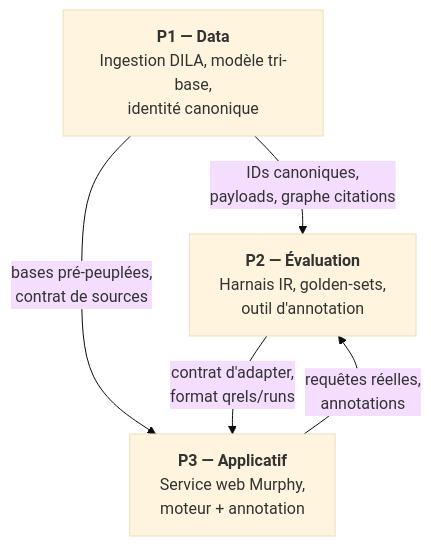
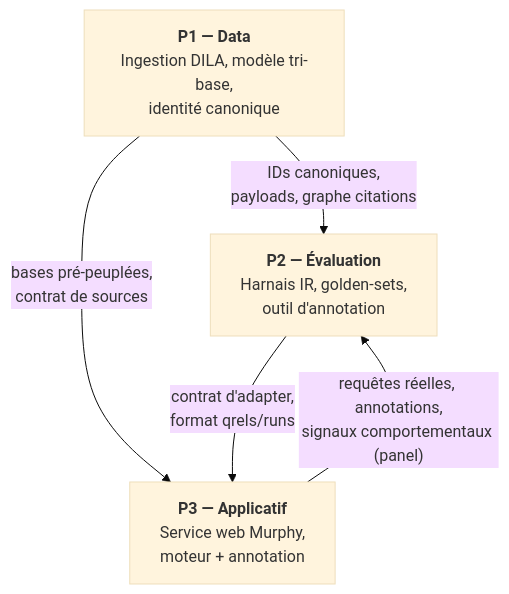
One commit to nmoutou/murphy changed the first of 2 diagrams in docs/product/PROGRAM.md. Above: the diagram before and after it, drawn with Mermaid (base theme). The commit also changed other lines of this file and 18 other files, not shown here.

````diff
--- a/docs/product/PROGRAM.md
+++ b/docs/product/PROGRAM.md
@@ -26,11 +26,11 @@
 ```mermaid
 flowchart TB
     P1["<b>P1 — Data</b><br/>Ingestion DILA, modèle tri-base,<br/>identité canonique"]
     P2["<b>P2 — Évaluation</b><br/>Harnais IR, golden-sets,<br/>outil d'annotation"]
     P3["<b>P3 — Applicatif</b><br/>Service web Murphy,<br/>moteur + annotation"]
 
     P1 -- "IDs canoniques,<br/>payloads, graphe citations" --> P2
     P1 -- "bases pré-peuplées,<br/>contrat de sources" --> P3
     P2 -- "contrat d'adapter,<br/>format qrels/runs" --> P3
-    P3 -- "requêtes réelles,<br/>annotations" --> P2
+    P3 -- "requêtes réelles, annotations,<br/>signaux comportementaux (panel)" --> P2
 ```
````
